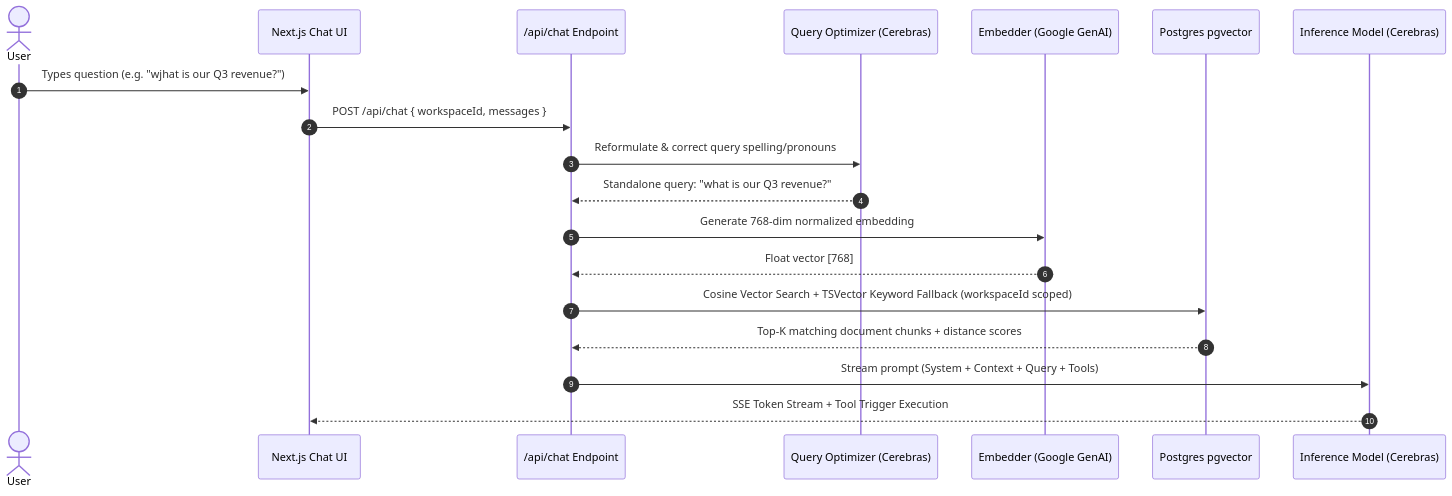
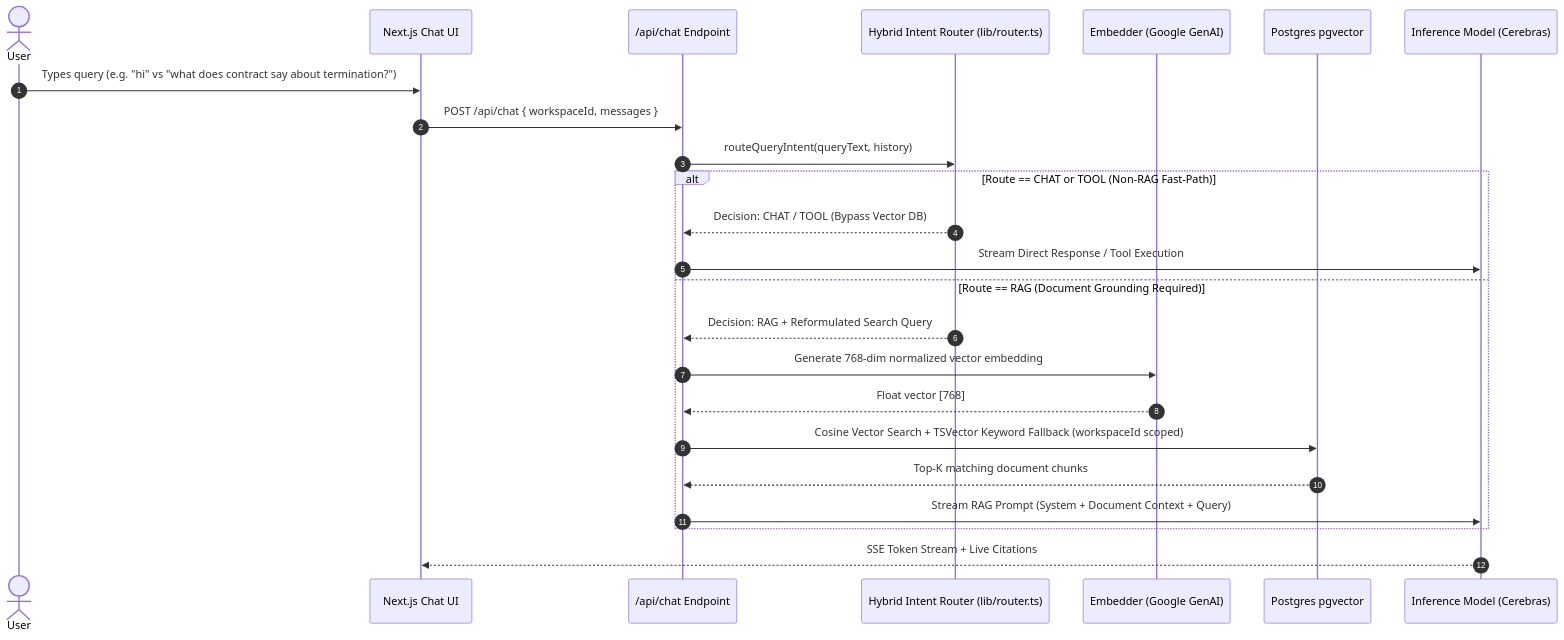
One commit to premhagargi/nexus-ai changed the second of 2 diagrams in ARCHITECTURE.md. Above: the diagram before and after it, drawn with Mermaid. The commit also changed other lines of this file and 3 other files, not shown here.

Commit message:
feat(router): implement Hybrid Intent Router Architecture (Rules + LLM Classifier)

````diff
--- a/ARCHITECTURE.md
+++ b/ARCHITECTURE.md
@@ -59,22 +70,29 @@
 ```mermaid
 sequenceDiagram
     autonumber
     actor User
     participant UI as Next.js Chat UI
     participant API as /api/chat Endpoint
-    participant LLM_Q as Query Optimizer (Cerebras)
+    participant Router as Hybrid Intent Router (lib/router.ts)
     participant EMB as Embedder (Google GenAI)
     participant DB as Postgres pgvector
-    participant LLM_F as Inference Model (Cerebras)
+    participant LLM as Inference Model (Cerebras)
 
-    User->>UI: Types question (e.g. "wjhat is our Q3 revenue?")
+    User->>UI: Types query (e.g. "hi" vs "what does contract say about termination?")
     UI->>API: POST /api/chat { workspaceId, messages }
-    API->>LLM_Q: Reformulate & correct query spelling/pronouns
-    LLM_Q-->>API: Standalone query: "what is our Q3 revenue?"
-    API->>EMB: Generate 768-dim normalized embedding
-    EMB-->>API: Float vector [768]
-    API->>DB: Cosine Vector Search + TSVector Keyword Fallback (workspaceId scoped)
-    DB-->>API: Top-K matching document chunks + distance scores
-    API->>LLM_F: Stream prompt (System + Context + Query + Tools)
-    LLM_F-->>UI: SSE Token Stream + Tool Trigger Execution
+    API->>Router: routeQueryIntent(queryText, history)
+    
+    alt Route == CHAT or TOOL (Non-RAG Fast-Path)
+        Router-->>API: Decision: CHAT / TOOL (Bypass Vector DB)
+        API->>LLM: Stream Direct Response / Tool Execution
+    else Route == RAG (Document Grounding Required)
+        Router-->>API: Decision: RAG + Reformulated Search Query
+        API->>EMB: Generate 768-dim normalized vector embedding
+        EMB-->>API: Float vector [768]
+        API->>DB: Cosine Vector Search + TSVector Keyword Fallback (workspaceId scoped)
+        DB-->>API: Top-K matching document chunks
+        API->>LLM: Stream RAG Prompt (System + Document Context + Query)
+    end
+    
+    LLM-->>UI: SSE Token Stream + Live Citations
 ```
````
